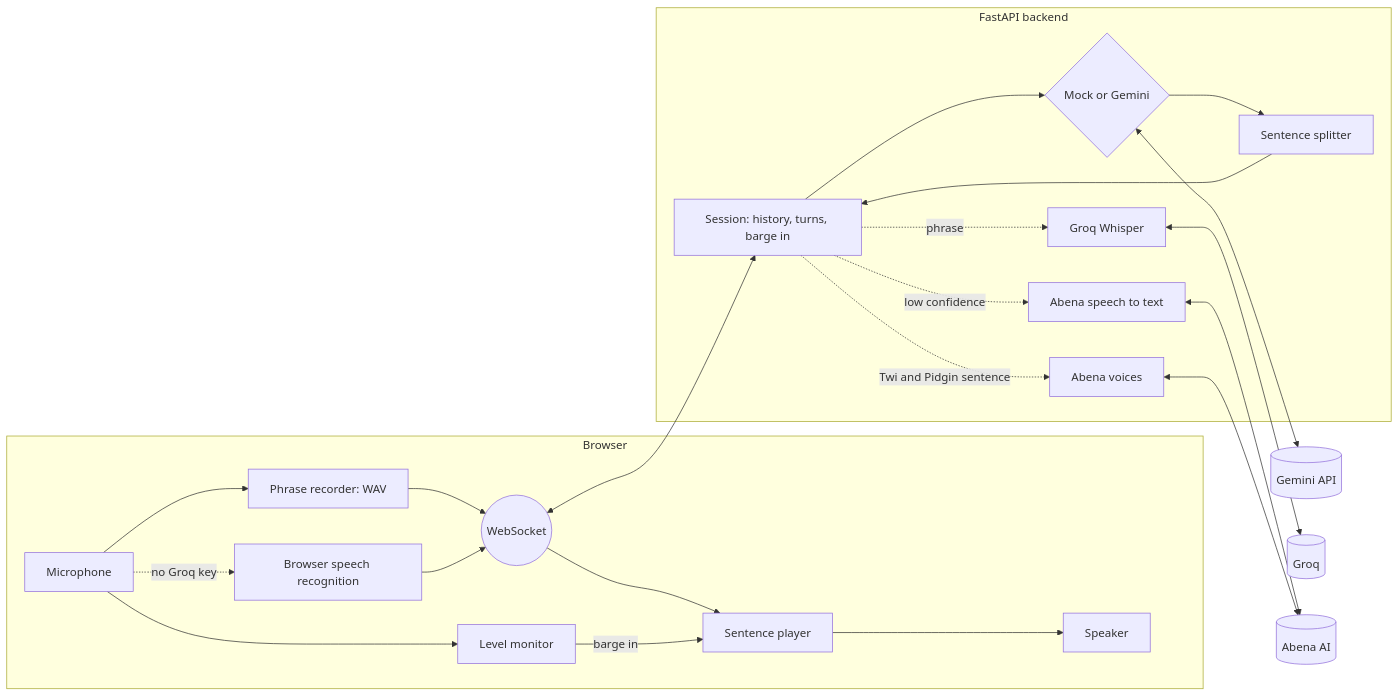
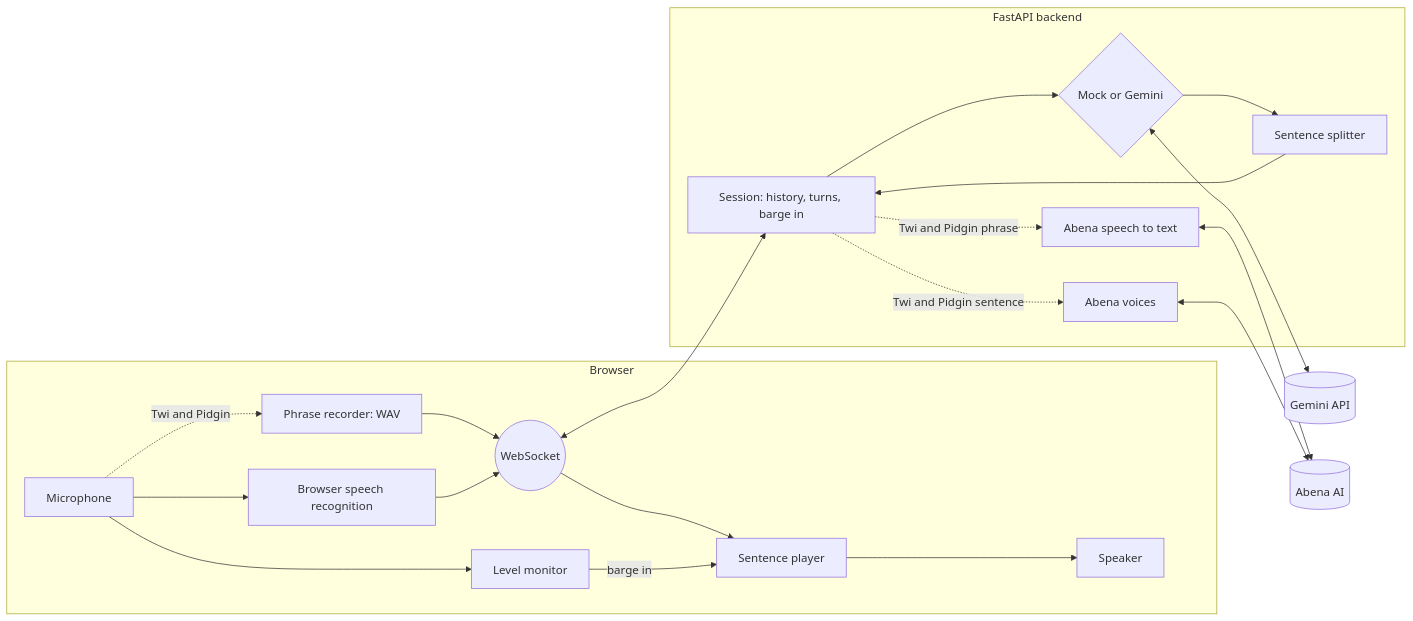
The diagram in README.md (lorraine-elektra/voice-assistant), drawn with Mermaid before and after one commit. The commit also changed other lines of this file and 4 other files, not shown here.

````diff
--- a/README.md
+++ b/README.md
@@ -14,24 +14,22 @@
 ```mermaid
 flowchart LR
     subgraph Browser
-        Mic[Microphone] --> Rec[Phrase recorder: WAV]
-        Mic -. no Groq key .-> STTb[Browser speech recognition]
+        Mic[Microphone] --> STTb[Browser speech recognition]
+        Mic -. Twi and Pidgin .-> Rec[Phrase recorder: WAV]
         Rec --> WS((WebSocket))
         STTb --> WS
         WS --> Player[Sentence player]
         Player --> Speaker[Speaker]
         Mic --> Level[Level monitor] -- barge in --> Player
     end
     subgraph Backend [FastAPI backend]
         WS <--> Session[Session: history, turns, barge in]
         Session --> Brain{Mock or Gemini}
         Brain --> Split[Sentence splitter] --> Session
-        Session -. phrase .-> Whisper[Groq Whisper]
-        Session -. low confidence .-> AbenaASR[Abena speech to text]
+        Session -. Twi and Pidgin phrase .-> AbenaASR[Abena speech to text]
         Session -. Twi and Pidgin sentence .-> AbenaTTS[Abena voices]
     end
     Brain <--> Gemini[(Gemini API)]
-    Whisper <--> Groq[(Groq)]
     AbenaASR <--> Abena[(Abena AI)]
     AbenaTTS <--> Abena
 ```
````
